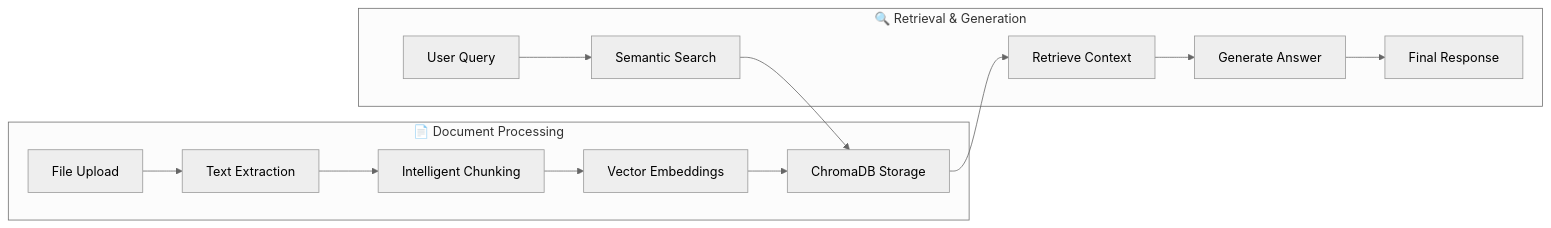
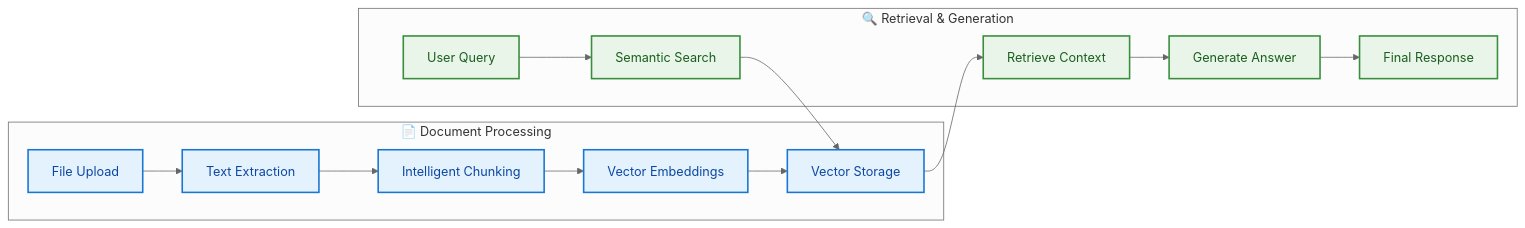
The third of 10 diagrams in docs/FEATURES.md (khaosans/basic-chat), drawn with Mermaid (neutral theme) before and after one commit. The commit also changed other lines of this file and 6 other files, not shown here.

Commit message:
docs: Update documentation for clarity and consistency - Revise links and descriptions in DEVELOPMENT.md, ROADMAP.md, and ARCHITECTURE.md

````diff
--- a/docs/FEATURES.md
+++ b/docs/FEATURES.md
@@ -107,29 +133,35 @@
 ```mermaid
 graph LR
     subgraph "📄 Document Processing"
         UPLOAD[File Upload]
         EXTRACT[Text Extraction]
         CHUNK[Intelligent Chunking]
         EMBED[Vector Embeddings]
-        STORE[ChromaDB Storage]
+        STORE[Vector Storage]
     end
     
     subgraph "🔍 Retrieval & Generation"
         QUERY[User Query]
         SEARCH[Semantic Search]
         RETRIEVE[Retrieve Context]
         GENERATE[Generate Answer]
         RESPONSE[Final Response]
     end
     
     UPLOAD --> EXTRACT
     EXTRACT --> CHUNK
     CHUNK --> EMBED
     EMBED --> STORE
     
     QUERY --> SEARCH
     SEARCH --> STORE
     STORE --> RETRIEVE
     RETRIEVE --> GENERATE
     GENERATE --> RESPONSE
+    
+    classDef processing fill:#E3F2FD,stroke:#1976D2,stroke-width:2px,color:#0D47A1
+    classDef retrieval fill:#E8F5E8,stroke:#388E3C,stroke-width:2px,color:#1B5E20
+    
+    class UPLOAD,EXTRACT,CHUNK,EMBED,STORE processing
+    class QUERY,SEARCH,RETRIEVE,GENERATE,RESPONSE retrieval
 ```
````
